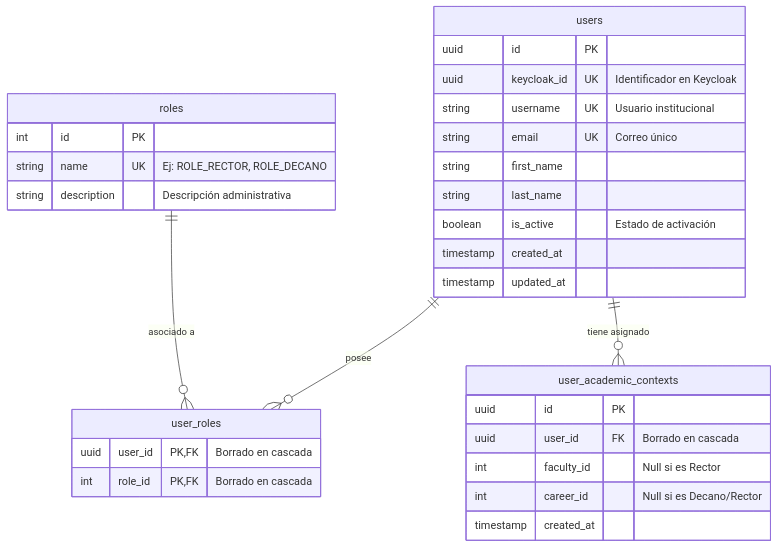
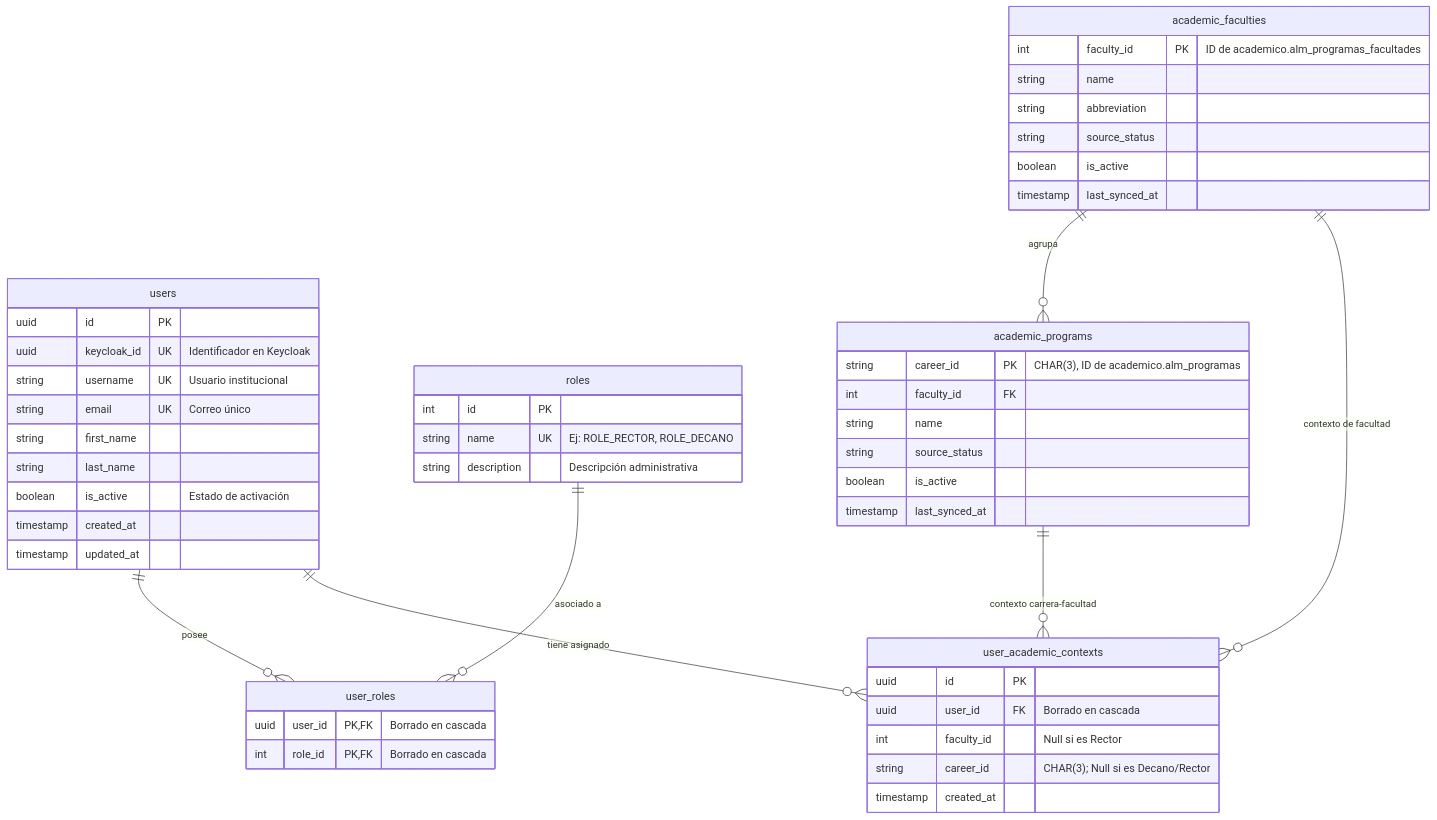
Before and after one commit to KEVIN-117/dss-system-architecture: the diagram in auth-service/docs/database/improved_erd.md, drawn with Mermaid. The commit also changed other lines of this file and 11 other files, not shown here.

````diff
--- a/auth-service/docs/database/improved_erd.md
+++ b/auth-service/docs/database/improved_erd.md
@@ -31,37 +33,58 @@
 ```mermaid
 erDiagram
     users {
         uuid id PK
         uuid keycloak_id UK "Identificador en Keycloak"
         string username UK "Usuario institucional"
         string email UK "Correo único"
         string first_name
         string last_name
         boolean is_active "Estado de activación"
         timestamp created_at
         timestamp updated_at
     }
     
     roles {
         int id PK
         string name UK "Ej: ROLE_RECTOR, ROLE_DECANO"
         string description "Descripción administrativa"
     }
     
     user_roles {
         uuid user_id PK, FK "Borrado en cascada"
         int role_id PK, FK "Borrado en cascada"
     }
 
     user_academic_contexts {
         uuid id PK
         uuid user_id FK "Borrado en cascada"
         int faculty_id "Null si es Rector"
-        int career_id "Null si es Decano/Rector"
+        string career_id "CHAR(3); Null si es Decano/Rector"
         timestamp created_at
+    }
+
+    academic_faculties {
+        int faculty_id PK "ID de academico.alm_programas_facultades"
+        string name
+        string abbreviation
+        string source_status
+        boolean is_active
+        timestamp last_synced_at
+    }
+
+    academic_programs {
+        string career_id PK "CHAR(3), ID de academico.alm_programas"
+        int faculty_id FK
+        string name
+        string source_status
+        boolean is_active
+        timestamp last_synced_at
     }
 
     users ||--o{ user_roles : "posee"
     roles ||--o{ user_roles : "asociado a"
     users ||--o{ user_academic_contexts : "tiene asignado"
+    academic_faculties ||--o{ academic_programs : "agrupa"
+    academic_faculties ||--o{ user_academic_contexts : "contexto de facultad"
+    academic_programs ||--o{ user_academic_contexts : "contexto carrera-facultad"
 ```
````
